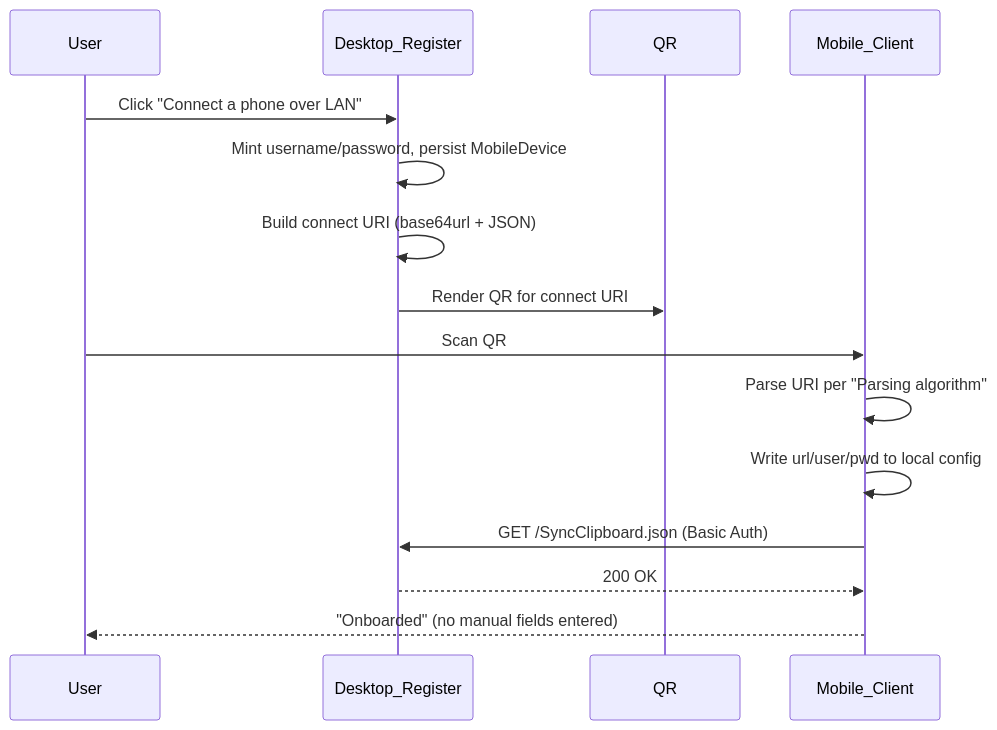
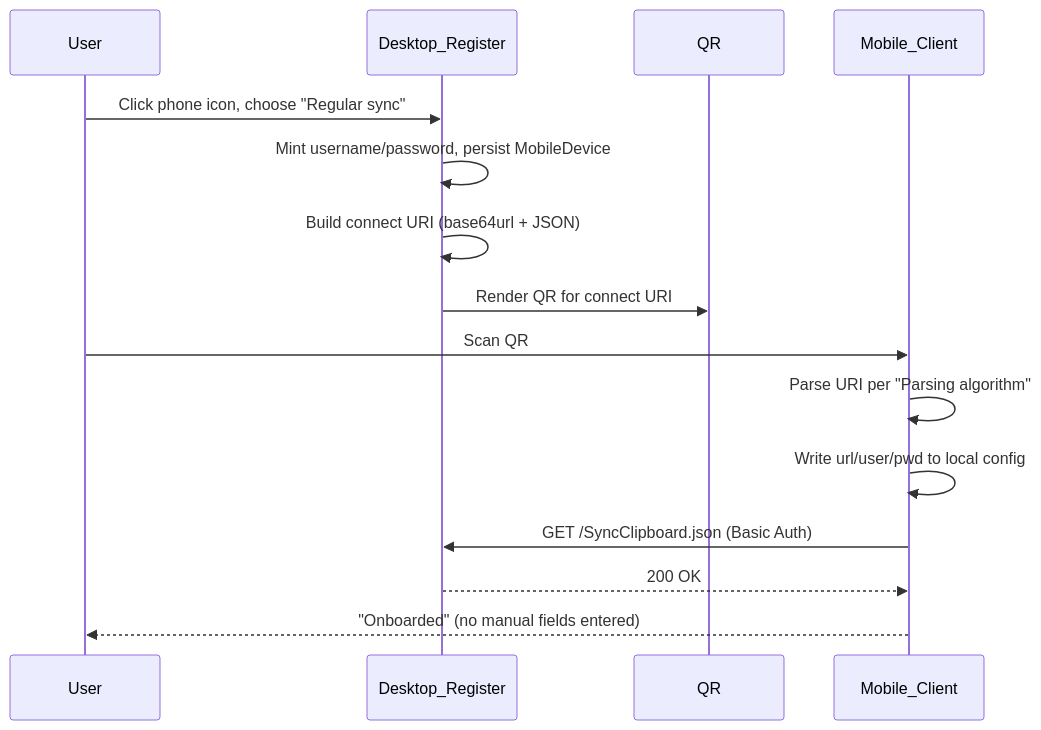
Before and after one commit to UniClipboard/UniClipboard: the second of 2 diagrams in docs-site/content/docs/en/reference/mobile-connect-uri.mdx, drawn with Mermaid. The commit also changed 42 other files, not shown here.

````diff
--- a/docs-site/content/docs/en/reference/mobile-connect-uri.mdx
+++ b/docs-site/content/docs/en/reference/mobile-connect-uri.mdx
@@ -303,18 +303,18 @@
 ```mermaid
 sequenceDiagram
   participant User
   participant Desktop as Desktop_Register
   participant QR
   participant Mobile as Mobile_Client
 
-  User->>Desktop: Click "Connect a phone over LAN"
+  User->>Desktop: Click phone icon, choose "Regular sync"
   Desktop->>Desktop: Mint username/password, persist MobileDevice
   Desktop->>Desktop: Build connect URI (base64url + JSON)
   Desktop->>QR: Render QR for connect URI
   User->>Mobile: Scan QR
   Mobile->>Mobile: Parse URI per "Parsing algorithm"
   Mobile->>Mobile: Write url/user/pwd to local config
   Mobile->>Desktop: GET /SyncClipboard.json (Basic Auth)
   Desktop-->>Mobile: 200 OK
   Mobile-->>User: "Onboarded" (no manual fields entered)
 ```
````
